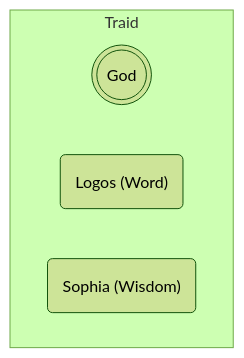
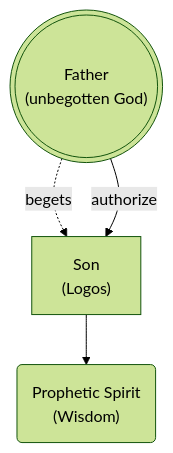
The second of 7 diagrams in trinity.md (life-and-dev/son), drawn with Mermaid (forest theme) before and after one commit. The commit also changed other lines of this file and 1 other file, not shown here.

````diff
--- a/trinity.md
+++ b/trinity.md
@@ -96,8 +98,11 @@
 ```mermaid
 graph TD
-    subgraph Traid
-        Father(((God)))
-        Word("Logos (Word)")
-        Wisdom("Sophia (Wisdom)")
-    end
+    Father((("Father\n(unbegotten God)")))
+    Logos["Son\n(Logos)"]
+    Spirit("Prophetic Spirit\n(Wisdom)")
+
+    Father -.-> |begets| Logos
+    Father --> |authorize| Logos 
+
+    Logos --> Spirit
 ```
````
